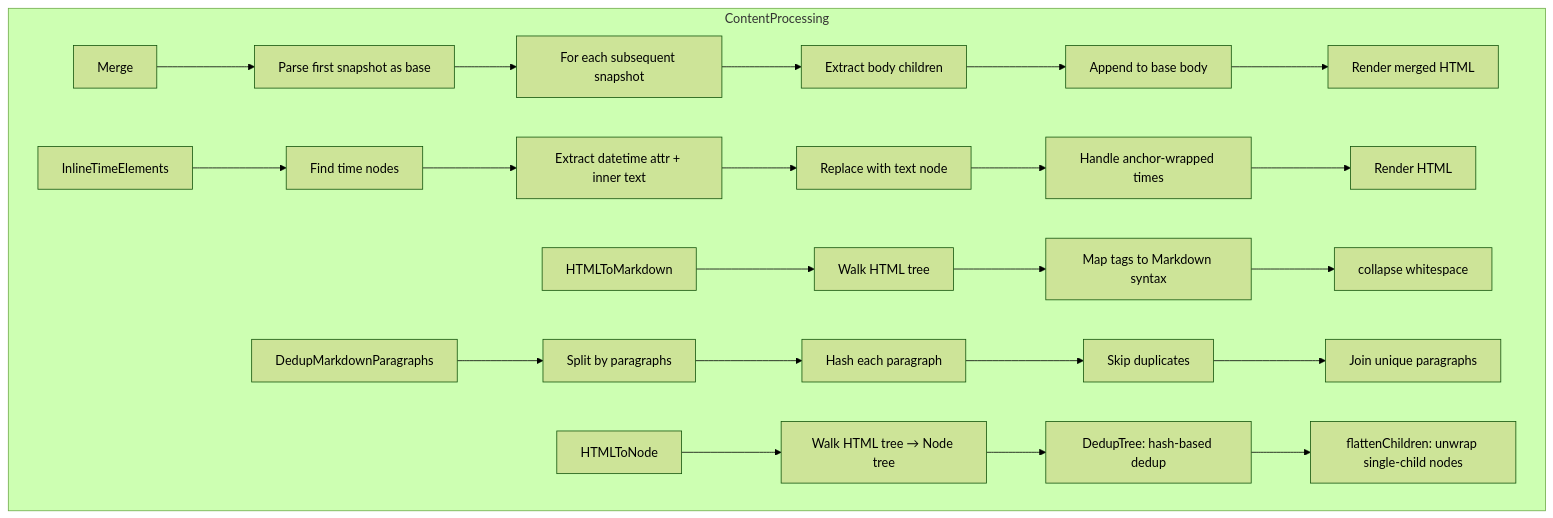
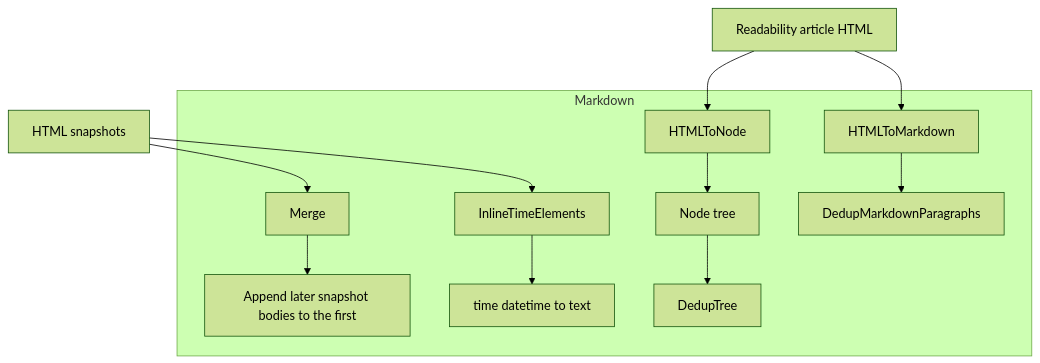
Before and after one commit to pardnchiu/go-browser: the sixth of 8 diagrams in doc/architecture.md, drawn with Mermaid (forest theme). The commit also changed other lines of this file and 5 other files, not shown here.

````diff
--- a/doc/architecture.md
+++ b/doc/architecture.md
@@ -137,25 +136,14 @@
 ```mermaid
 graph TB
-    subgraph ContentProcessing
-        A[Merge] --> B[Parse first snapshot as base]
-        B --> C[For each subsequent snapshot]
-        C --> D[Extract body children]
-        D --> E[Append to base body]
-        E --> F[Render merged HTML]
-        G[InlineTimeElements] --> H[Find time nodes]
-        H --> I[Extract datetime attr + inner text]
-        I --> J[Replace with text node]
-        J --> K[Handle anchor-wrapped times]
-        K --> L[Render HTML]
-        M[HTMLToMarkdown] --> N[Walk HTML tree]
-        N --> O[Map tags to Markdown syntax]
-        O --> P[collapse whitespace]
-        Q[DedupMarkdownParagraphs] --> R[Split by paragraphs]
-        R --> S[Hash each paragraph]
-        S --> T[Skip duplicates]
-        T --> U[Join unique paragraphs]
-        V[HTMLToNode] --> W[Walk HTML tree → Node tree]
-        W --> X[DedupTree: hash-based dedup]
-        X --> Y[flattenChildren: unwrap single-child nodes]
+    subgraph Markdown
+        A[Merge] --> B[Append later snapshot bodies to the first]
+        C[InlineTimeElements] --> D[time datetime to text]
+        E[HTMLToNode] --> F[Node tree]
+        F --> G[DedupTree]
+        H[HTMLToMarkdown] --> I[DedupMarkdownParagraphs]
     end
+    Snapshots[HTML snapshots] --> A
+    Snapshots --> C
+    Article[Readability article HTML] --> E
+    Article --> H
 ```
````
